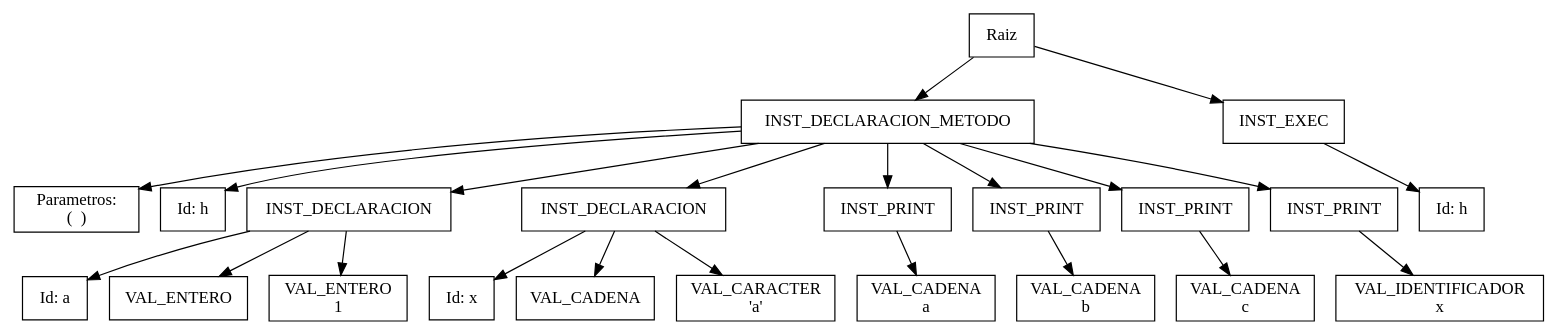
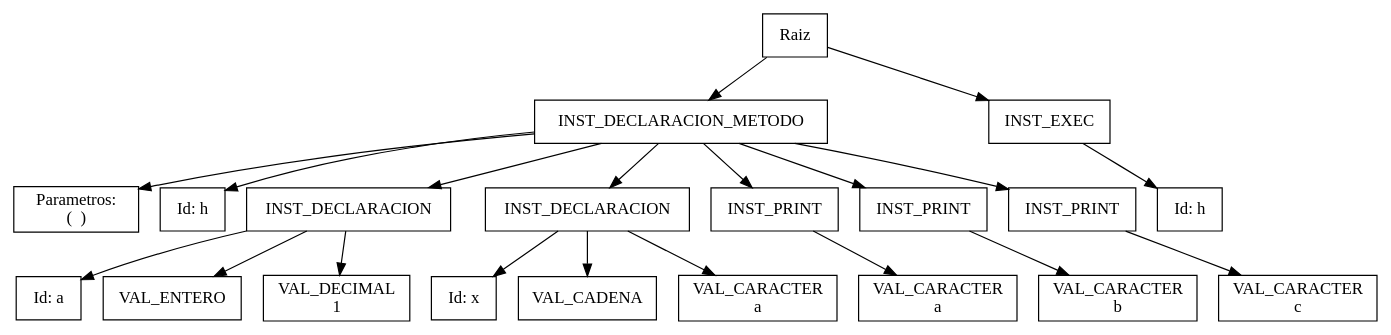
The diagram in Proyecto_2/server/ArbolAST.dot (Ijosuer/-OLC1-_202000895), drawn with Graphviz before and after one commit. The commit also changed 13 other files, not shown here.

```diff
--- a/Proyecto_2/server/ArbolAST.dot
+++ b/Proyecto_2/server/ArbolAST.dot
@@ -1,60 +1,54 @@
 digraph mygraph { node [shape=box];
 "Raiz" [label= "Raiz"]; 
 "INST_DECLARACION_METODO11h" [label= "INST_DECLARACION_METODO"]; 
 "INST_DECLARACION_METODO11h_param" [label= "Parametros:
 (  )"]; 
 "INST_DECLARACION_METODO11hid" [label= "Id: h"]; 
 "Raiz" -> "INST_DECLARACION_METODO11h"
 "INST_DECLARACION_METODO11h" -> "INST_DECLARACION_METODO11h_param"
 "INST_DECLARACION_METODO11h" -> "INST_DECLARACION_METODO11hid"
 "INST_DECLARACION_METODO11h" [label= "INST_DECLARACION_METODO"]; 
 "INST_DECLARACION25" [label= "INST_DECLARACION"]; 
 "INST_DECLARACION25a" [label= "Id: a"]; 
 "INST_DECLARACION25VAL_ENTERO" [label= "VAL_ENTERO"]; 
 "INST_DECLARACION_METODO11h" -> "INST_DECLARACION25"
 "INST_DECLARACION25" -> "INST_DECLARACION25a"
 "INST_DECLARACION25" -> "INST_DECLARACION25VAL_ENTERO"
 "INST_DECLARACION25" [label= "INST_DECLARACION"]; 
-"VAL_ENTERO213" [label= "VAL_ENTERO\n1"]; 
-"INST_DECLARACION25" -> "VAL_ENTERO213"
+"VAL_DECIMAL213" [label= "VAL_DECIMAL\n1"]; 
+"INST_DECLARACION25" -> "VAL_DECIMAL213"
 "INST_DECLARACION_METODO11h" [label= "INST_DECLARACION_METODO"]; 
 "INST_DECLARACION35" [label= "INST_DECLARACION"]; 
 "INST_DECLARACION35x" [label= "Id: x"]; 
 "INST_DECLARACION35VAL_CADENA" [label= "VAL_CADENA"]; 
 "INST_DECLARACION_METODO11h" -> "INST_DECLARACION35"
 "INST_DECLARACION35" -> "INST_DECLARACION35x"
 "INST_DECLARACION35" -> "INST_DECLARACION35VAL_CADENA"
 "INST_DECLARACION35" [label= "INST_DECLARACION"]; 
-"VAL_CARACTER316" [label= "VAL_CARACTER\n'a'"]; 
+"VAL_CARACTER316" [label= "VAL_CARACTER\na"]; 
 "INST_DECLARACION35" -> "VAL_CARACTER316"
 "INST_DECLARACION_METODO11h" [label= "INST_DECLARACION_METODO"]; 
 "INST_PRINT55" [label= "INST_PRINT"]; 
 "INST_DECLARACION_METODO11h" -> "INST_PRINT55"
 "INST_PRINT55" [label= "INST_PRINT"]; 
-"VAL_CADENA511" [label= "VAL_CADENA\na"]; 
-"INST_PRINT55" -> "VAL_CADENA511"
+"VAL_CARACTER511" [label= "VAL_CARACTER\na"]; 
+"INST_PRINT55" -> "VAL_CARACTER511"
 "INST_DECLARACION_METODO11h" [label= "INST_DECLARACION_METODO"]; 
 "INST_PRINT65" [label= "INST_PRINT"]; 
 "INST_DECLARACION_METODO11h" -> "INST_PRINT65"
 "INST_PRINT65" [label= "INST_PRINT"]; 
-"VAL_CADENA611" [label= "VAL_CADENA\nb"]; 
-"INST_PRINT65" -> "VAL_CADENA611"
+"VAL_CARACTER611" [label= "VAL_CARACTER\nb"]; 
+"INST_PRINT65" -> "VAL_CARACTER611"
 "INST_DECLARACION_METODO11h" [label= "INST_DECLARACION_METODO"]; 
 "INST_PRINT75" [label= "INST_PRINT"]; 
 "INST_DECLARACION_METODO11h" -> "INST_PRINT75"
 "INST_PRINT75" [label= "INST_PRINT"]; 
-"VAL_CADENA711" [label= "VAL_CADENA\nc"]; 
-"INST_PRINT75" -> "VAL_CADENA711"
-"INST_DECLARACION_METODO11h" [label= "INST_DECLARACION_METODO"]; 
-"INST_PRINT95" [label= "INST_PRINT"]; 
-"INST_DECLARACION_METODO11h" -> "INST_PRINT95"
-"INST_PRINT95" [label= "INST_PRINT"]; 
-"VAL_IDENTIFICADOR911" [label= "VAL_IDENTIFICADOR\nx"]; 
-"INST_PRINT95" -> "VAL_IDENTIFICADOR911"
+"VAL_CARACTER711" [label= "VAL_CARACTER\nc"]; 
+"INST_PRINT75" -> "VAL_CARACTER711"
 "Raiz" [label= "Raiz"]; 
-"INST_EXEC131hh" [label= "Id: h"]; 
-"INST_EXEC131h" [label= "INST_EXEC"]; 
-"Raiz" -> "INST_EXEC131h"
-"INST_EXEC131h" -> "INST_EXEC131hh"
+"INST_EXEC141hh" [label= "Id: h"]; 
+"INST_EXEC141h" [label= "INST_EXEC"]; 
+"Raiz" -> "INST_EXEC141h"
+"INST_EXEC141h" -> "INST_EXEC141hh"
 
 }
```
